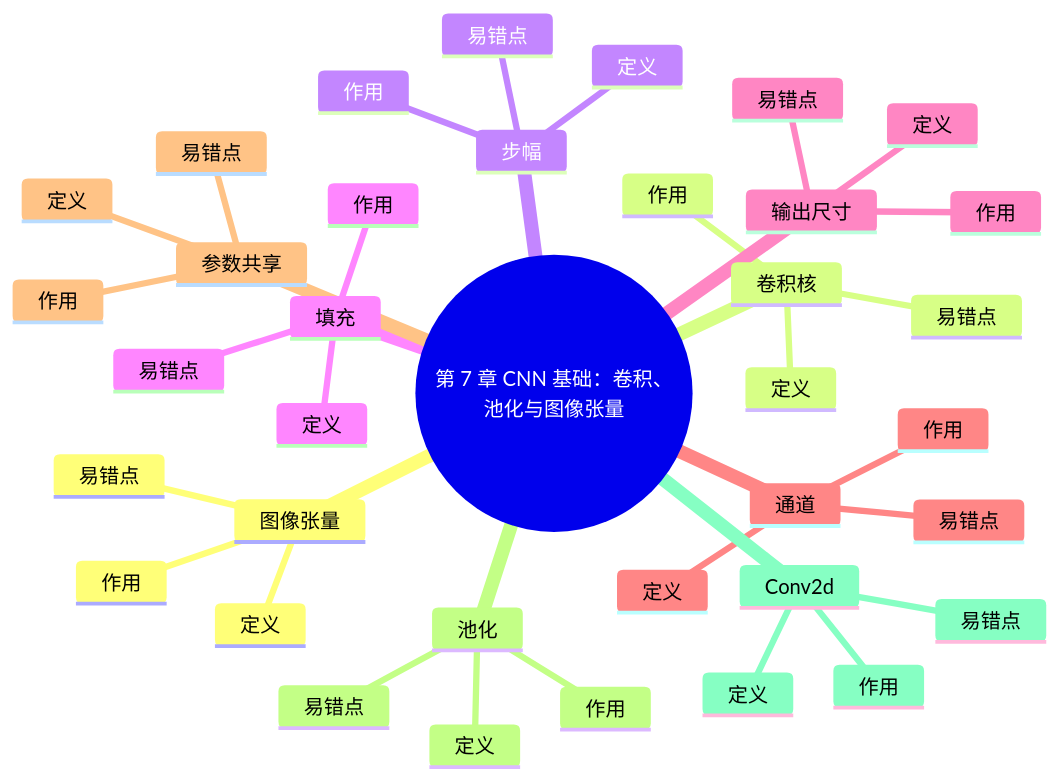
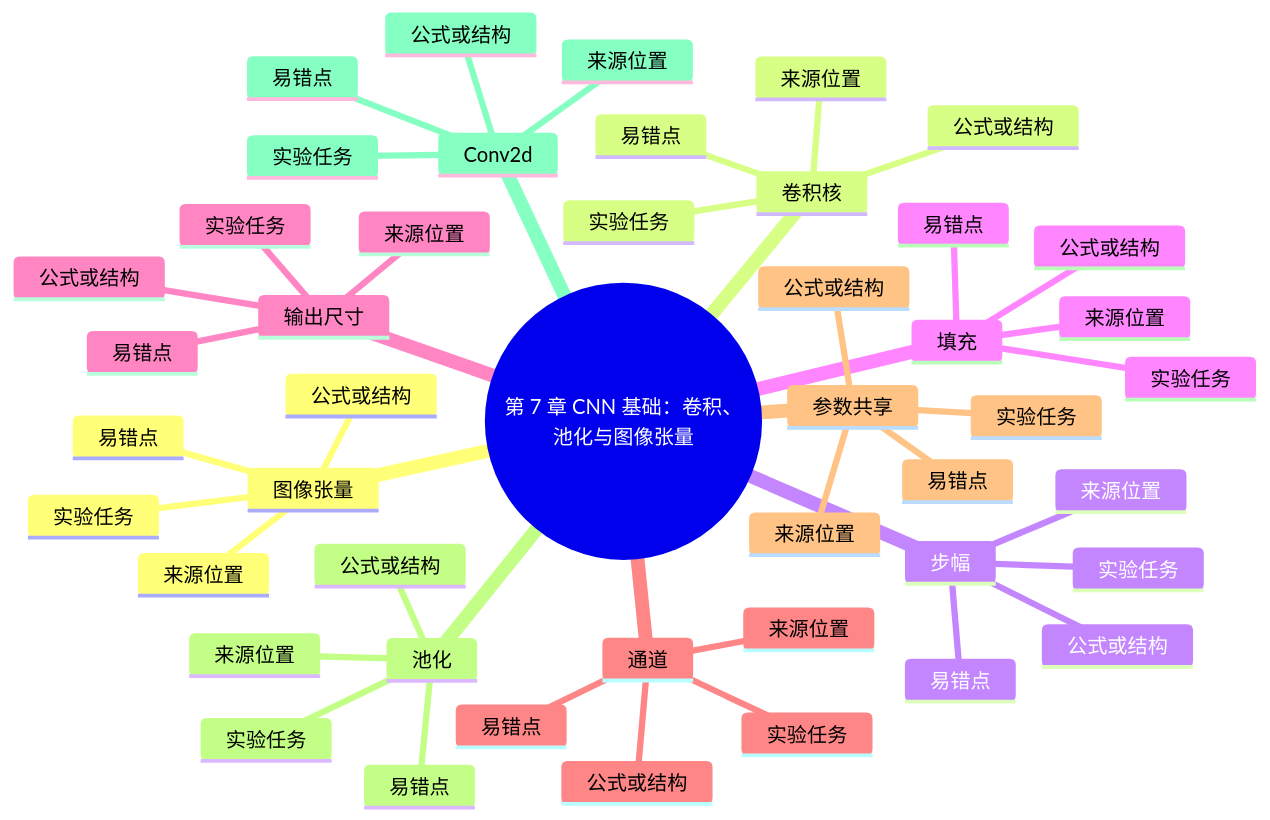
The diagram in data/knowledge_base/deep_learning_v2/courseware/chapter_07_cnn_foundation/mind_map.mmd (jiannanxie834-byte/LingXi-Backend), drawn with Mermaid before and after one commit. The commit also changed 47 other files, not shown here.

````diff
--- a/data/knowledge_base/deep_learning_v2/courseware/chapter_07_cnn_foundation/mind_map.mmd
+++ b/data/knowledge_base/deep_learning_v2/courseware/chapter_07_cnn_foundation/mind_map.mmd
@@ -1,38 +1,49 @@
+```mermaid
 mindmap
   root((第 7 章 CNN 基础：卷积、池化与图像张量))
     图像张量
-      定义
-      作用
+      来源位置
+      公式或结构
+      实验任务
       易错点
     卷积核
-      定义
-      作用
+      来源位置
+      公式或结构
+      实验任务
       易错点
     步幅
-      定义
-      作用
+      来源位置
+      公式或结构
+      实验任务
       易错点
     填充
-      定义
-      作用
+      来源位置
+      公式或结构
+      实验任务
       易错点
     输出尺寸
-      定义
-      作用
+      来源位置
+      公式或结构
+      实验任务
       易错点
     通道
-      定义
-      作用
+      来源位置
+      公式或结构
+      实验任务
       易错点
     参数共享
-      定义
-      作用
+      来源位置
+      公式或结构
+      实验任务
       易错点
     池化
-      定义
-      作用
+      来源位置
+      公式或结构
+      实验任务
       易错点
     Conv2d
-      定义
-      作用
+      来源位置
+      公式或结构
+      实验任务
       易错点
+```
````
